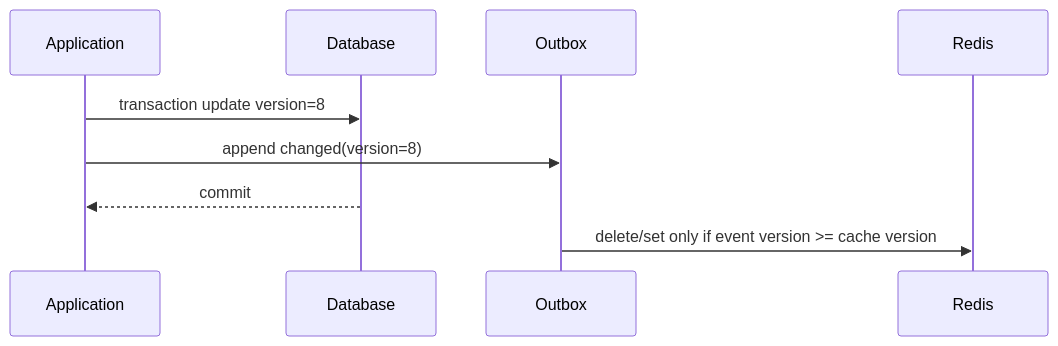
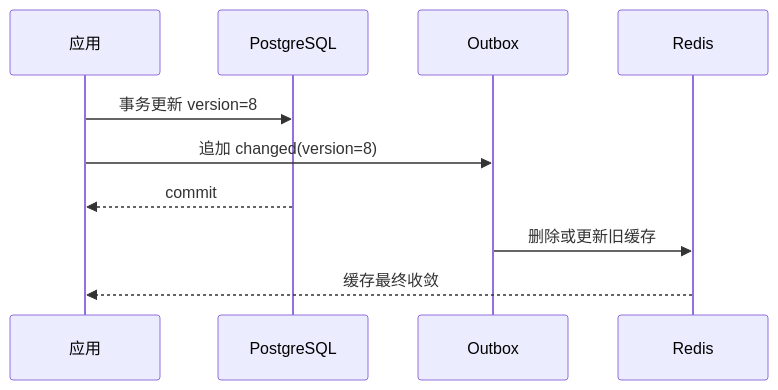
Before and after one commit to upJiang/jiang-blog-vitepress: the diagram in docs/backend/go-data-observability.md, drawn with Mermaid. The commit also changed other lines of this file and 164 other files, not shown here.

````diff
--- a/docs/backend/go-data-observability.md
+++ b/docs/backend/go-data-observability.md
@@ -87,11 +22,12 @@
 ```mermaid
 sequenceDiagram
-  participant A as Application
-  participant D as Database
+  participant A as 应用
+  participant D as PostgreSQL
   participant O as Outbox
-  participant C as Redis
-  A->>D: transaction update version=8
-  A->>O: append changed(version=8)
+  participant R as Redis
+  A->>D: 事务更新 version=8
+  A->>O: 追加 changed(version=8)
   D-->>A: commit
-  O->>C: delete/set only if event version >= cache version
+  O->>R: 删除或更新旧缓存
+  R-->>A: 缓存最终收敛
 ```
````
